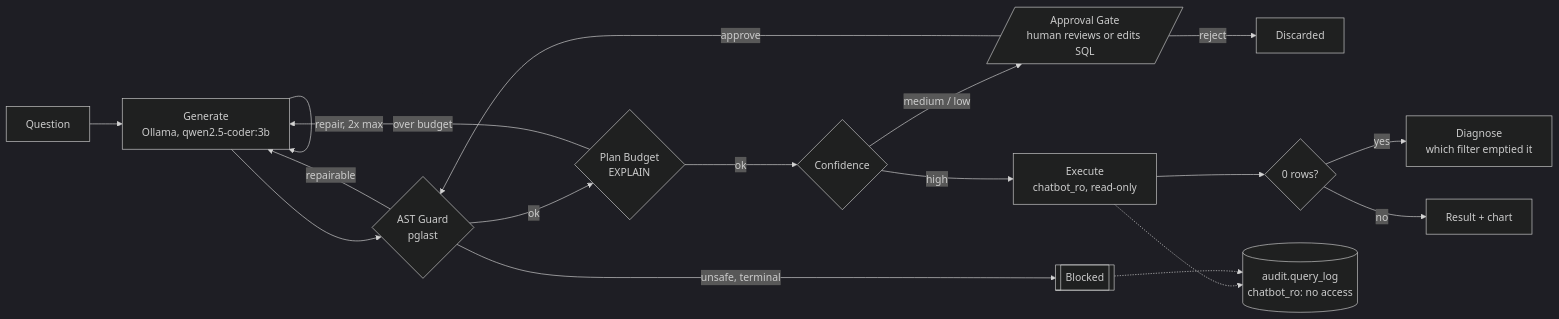
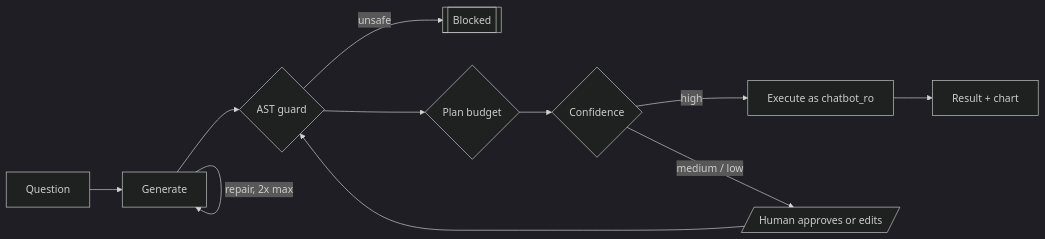
One commit to Sh3001/Text_to_SQL changed the diagram in README.md. Above: the diagram before and after it, drawn with Mermaid (dark theme). The commit also changed other lines of this file, not shown here.

````diff
--- a/README.md
+++ b/README.md
@@ -8,20 +6,13 @@
 ```mermaid
 flowchart LR
-    Q[Question] --> G[Generate<br/>Ollama, qwen2.5-coder:3b]
+    Q[Question] --> G[Generate]
     G -->|repair, 2x max| G
-    G --> AST{AST Guard<br/>pglast}
-    AST -->|unsafe, terminal| BLOCK[["Blocked"]]
-    AST -->|repairable| G
-    AST -->|ok| BUDGET{Plan Budget<br/>EXPLAIN}
-    BUDGET -->|over budget| G
-    BUDGET -->|ok| CONF{Confidence}
-    CONF -->|high| EXEC[Execute<br/>chatbot_ro, read-only]
-    CONF -->|medium / low| GATE[/Approval Gate<br/>human reviews or edits SQL/]
-    GATE -->|approve| AST
-    GATE -->|reject| DISCARD[Discarded]
-    EXEC --> ZERO{0 rows?}
-    ZERO -->|yes| DIAG[Diagnose<br/>which filter emptied it]
-    ZERO -->|no| RESULT[Result + chart]
-    EXEC -.-> AUDIT[(audit.query_log<br/>chatbot_ro: no access)]
-    BLOCK -.-> AUDIT
+    G --> AST{AST guard}
+    AST -->|unsafe| BLOCK[["Blocked"]]
+    AST --> BUDGET{Plan budget}
+    BUDGET --> CONF{Confidence}
+    CONF -->|high| EXEC[Execute as chatbot_ro]
+    CONF -->|medium / low| GATE[/Human approves or edits/]
+    GATE --> AST
+    EXEC --> RESULT[Result + chart]
 ```
````
